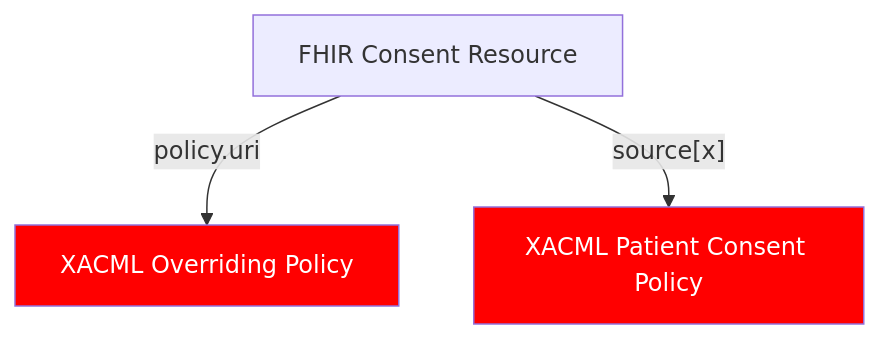
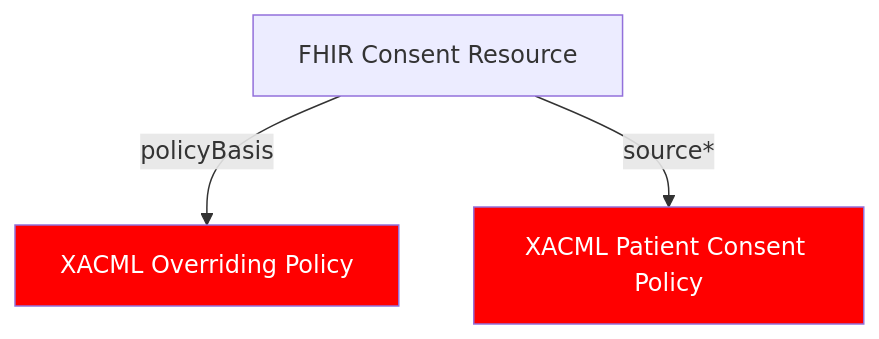
The diagram in input/pagecontent/index.md (JohnMoehrke/xacml-consent), drawn with Mermaid before and after one commit. The commit also changed other lines of this file and 1 other file, not shown here.

```diff
--- a/input/pagecontent/index.md
+++ b/input/pagecontent/index.md
@@ -13,8 +13,8 @@
 ~~~mermaid
 graph TD
-    A[FHIR Consent Resource] -->|policy.uri| B[XACML Overriding Policy]
-    A -->|"source[x]"| C[XACML Patient Consent Policy]
+    A[FHIR Consent Resource] -->|policyBasis| B[XACML Overriding Policy]
+    A -->|"source*"| C[XACML Patient Consent Policy]
     style B fill:#ff0000,color:#fff
     style C fill:#ff0000,color:#fff
 
 ~~~
```
